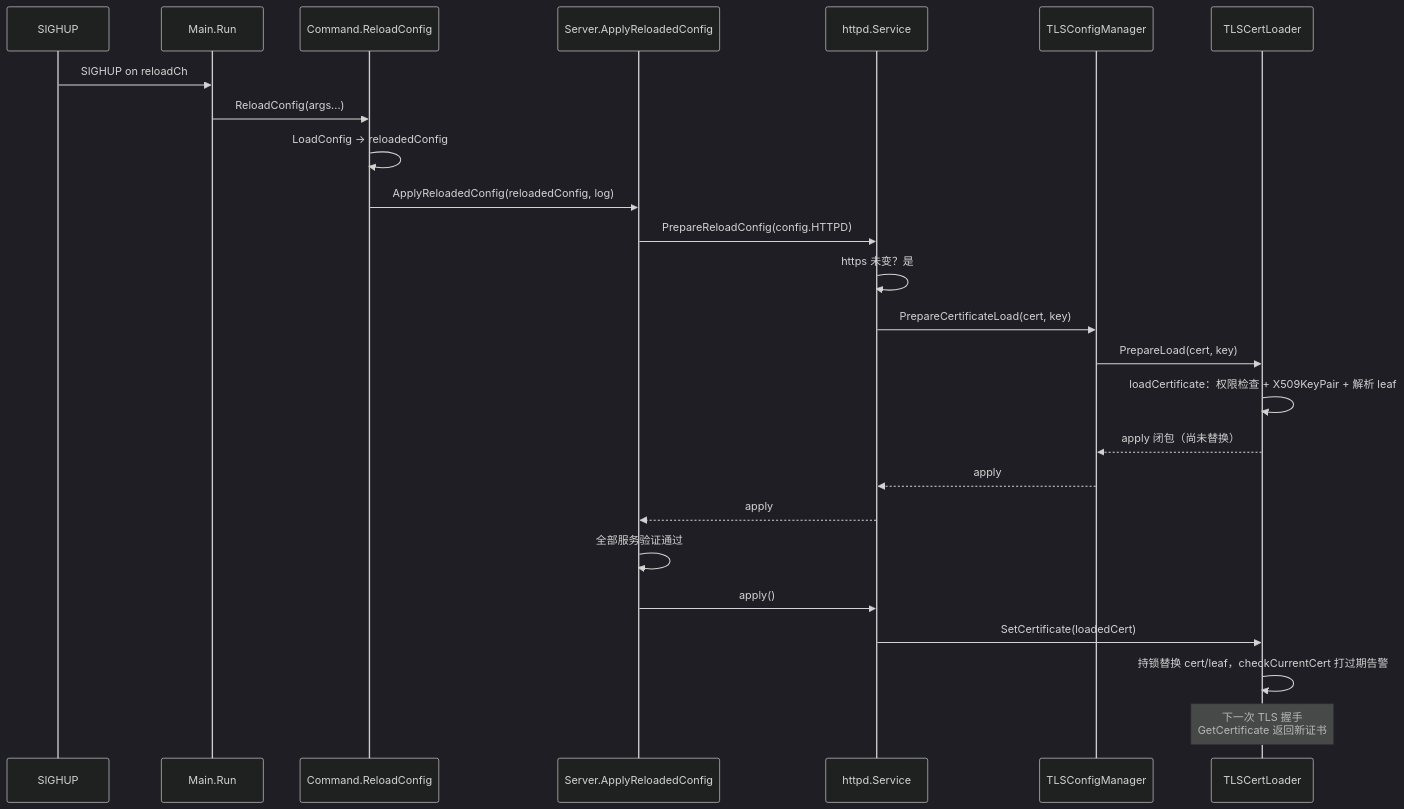
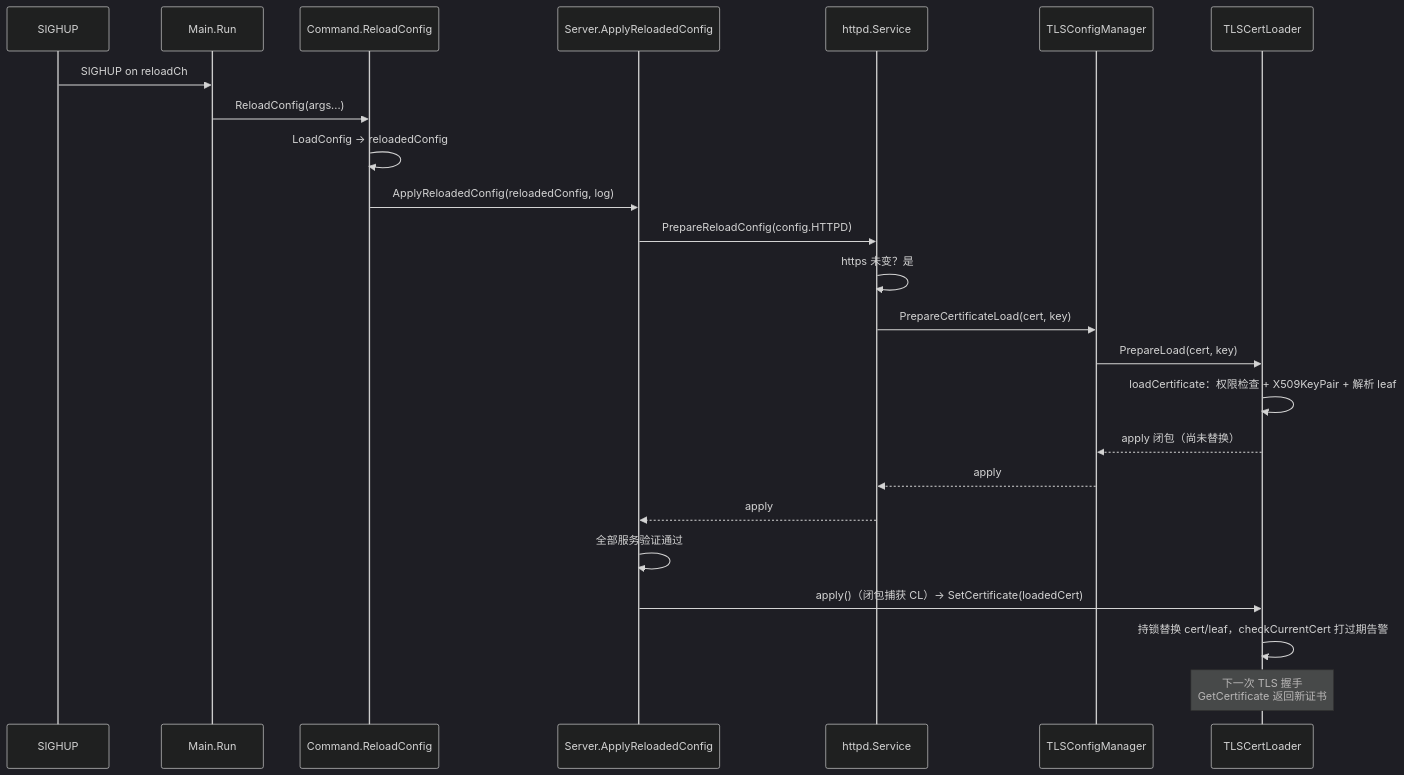
Before and after one commit to stefanv5/influxdb: the third of 3 diagrams in docs/specs/v1.8.10-vs-v1.12.3/06_http_flux_diff.md, drawn with Mermaid (dark theme). The commit also changed other lines of this file and 7 other files, not shown here.

First line of the commit message:
docs: fix code snippets and flows in the version-diff study

````diff
--- a/docs/specs/v1.8.10-vs-v1.12.3/06_http_flux_diff.md
+++ b/docs/specs/v1.8.10-vs-v1.12.3/06_http_flux_diff.md
@@ -1344,28 +1353,27 @@
 ```mermaid
 sequenceDiagram
     participant K as SIGHUP
     participant M as Main.Run
     participant C as Command.ReloadConfig
     participant S as Server.ApplyReloadedConfig
     participant H as httpd.Service
     participant TM as TLSConfigManager
     participant CL as TLSCertLoader
 
     K->>M: SIGHUP on reloadCh
     M->>C: ReloadConfig(args...)
     C->>C: LoadConfig → reloadedConfig
     C->>S: ApplyReloadedConfig(reloadedConfig, log)
     S->>H: PrepareReloadConfig(config.HTTPD)
     H->>H: https 未变？是
     H->>TM: PrepareCertificateLoad(cert, key)
     TM->>CL: PrepareLoad(cert, key)
     CL->>CL: loadCertificate：权限检查 + X509KeyPair + 解析 leaf
     CL-->>TM: apply 闭包（尚未替换）
     TM-->>H: apply
     H-->>S: apply
     S->>S: 全部服务验证通过
-    S->>H: apply()
-    H->>CL: SetCertificate(loadedCert)
+    S->>CL: apply()（闭包捕获 CL）→ SetCertificate(loadedCert)
     CL->>CL: 持锁替换 cert/leaf，checkCurrentCert 打过期告警
     Note over CL: 下一次 TLS 握手<br/>GetCertificate 返回新证书
 ```
````
